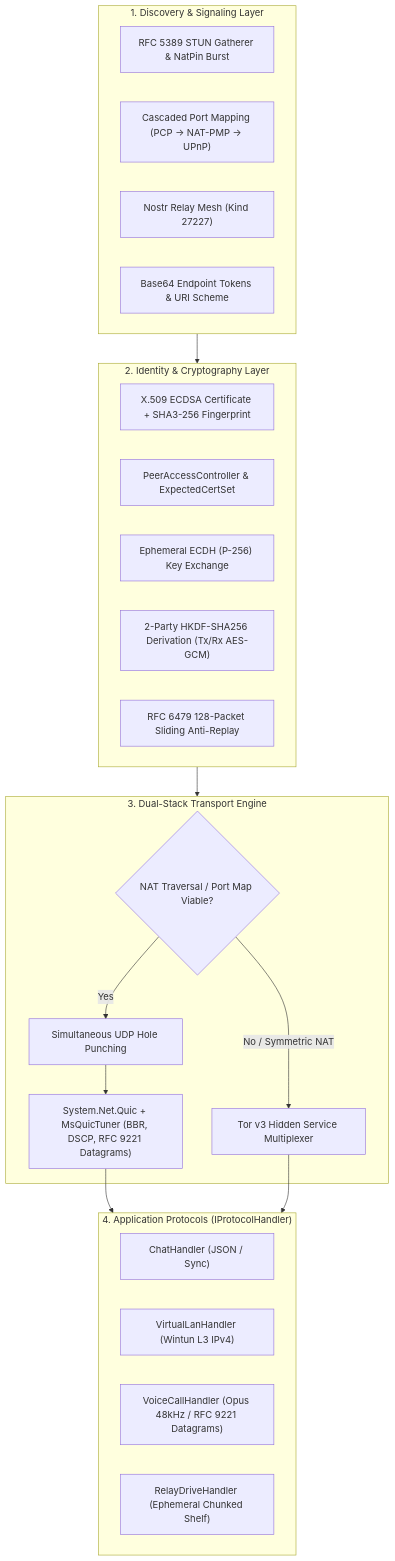
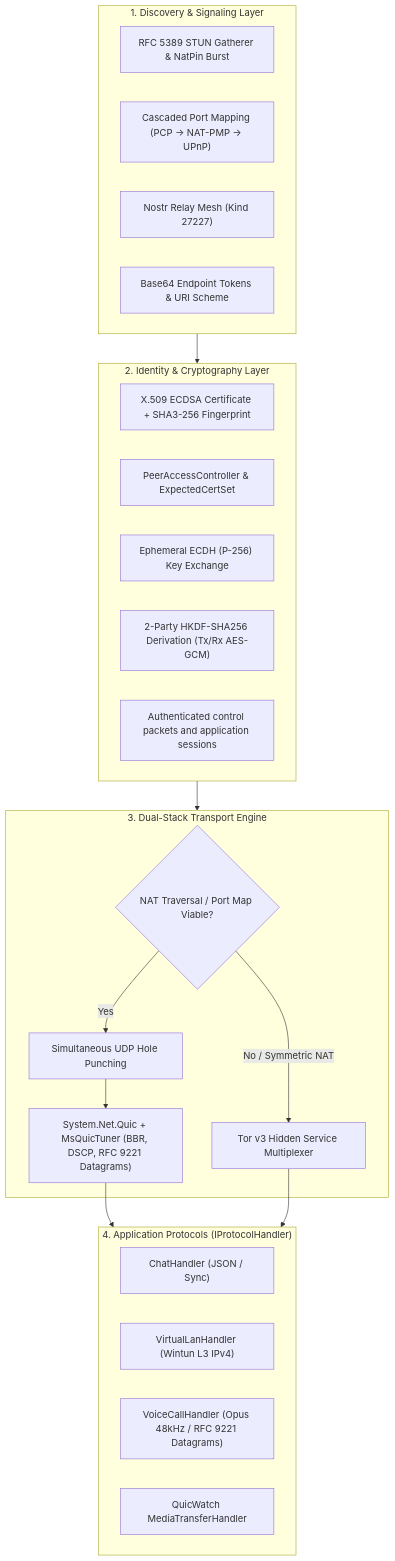
The diagram in doc/README.md (Mrgaton/QuicPunch), drawn with Mermaid before and after one commit. The commit also changed other lines of this file and 1036 other files, not shown here.

````diff
--- a/doc/README.md
+++ b/doc/README.md
@@ -68,36 +75,36 @@
 ```mermaid
 flowchart TD
     subgraph DiscoveryLayer [" 1. Discovery & Signaling Layer"]
         STUN[" RFC 5389 STUN Gatherer & NatPin Burst"]
         PortMap[" Cascaded Port Mapping (PCP -> NAT-PMP -> UPnP)"]
         Nostr[" Nostr Relay Mesh (Kind 27227)"]
         Token[" Base64 Endpoint Tokens & URI Scheme"]
     end
 
     subgraph SecurityLayer [" 2. Identity & Cryptography Layer"]
         X509[" X.509 ECDSA Certificate + SHA3-256 Fingerprint"]
         AccessCtrl[" PeerAccessController & ExpectedCertSet"]
         ECDH[" Ephemeral ECDH (P-256) Key Exchange"]
         HKDF[" 2-Party HKDF-SHA256 Derivation (Tx/Rx AES-GCM)"]
-        Replay[" RFC 6479 128-Packet Sliding Anti-Replay"]
+        Replay[" Authenticated control packets and application sessions"]
     end
 
     subgraph TransportLayer [" 3. Dual-Stack Transport Engine"]
         Check{"NAT Traversal / Port Map Viable?"}
         HolePunch[" Simultaneous UDP Hole Punching"]
         QuicNative[" System.Net.Quic + MsQuicTuner (BBR, DSCP, RFC 9221 Datagrams)"]
         TorFallback[" Tor v3 Hidden Service Multiplexer"]
     end
 
     subgraph ApplicationLayer [" 4. Application Protocols (IProtocolHandler)"]
         Chat[" ChatHandler (JSON / Sync)"]
         VLAN[" VirtualLanHandler (Wintun L3 IPv4)"]
         Voice[" VoiceCallHandler (Opus 48kHz / RFC 9221 Datagrams)"]
-        Drive[" RelayDriveHandler (Ephemeral Chunked Shelf)"]
+        Drive[" QuicWatch MediaTransferHandler"]
     end
 
     DiscoveryLayer --> SecurityLayer
     SecurityLayer --> TransportLayer
     Check -- "Yes" --> HolePunch --> QuicNative --> ApplicationLayer
     Check -- "No / Symmetric NAT" --> TorFallback --> ApplicationLayer
 ```
````
